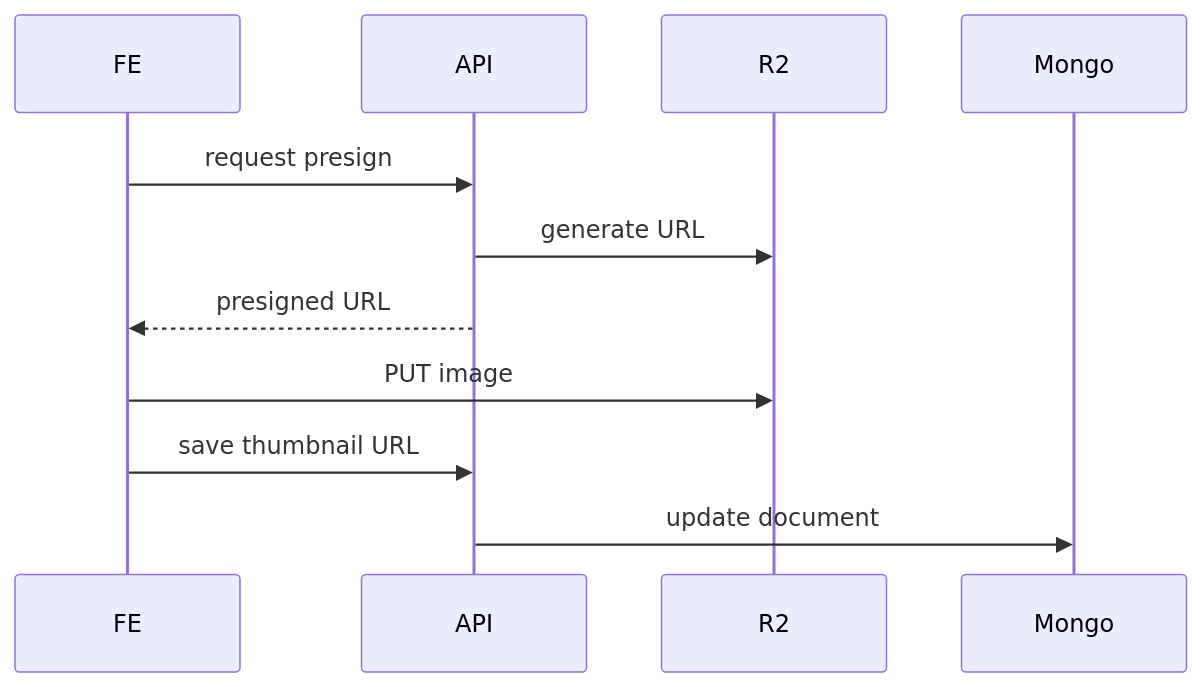
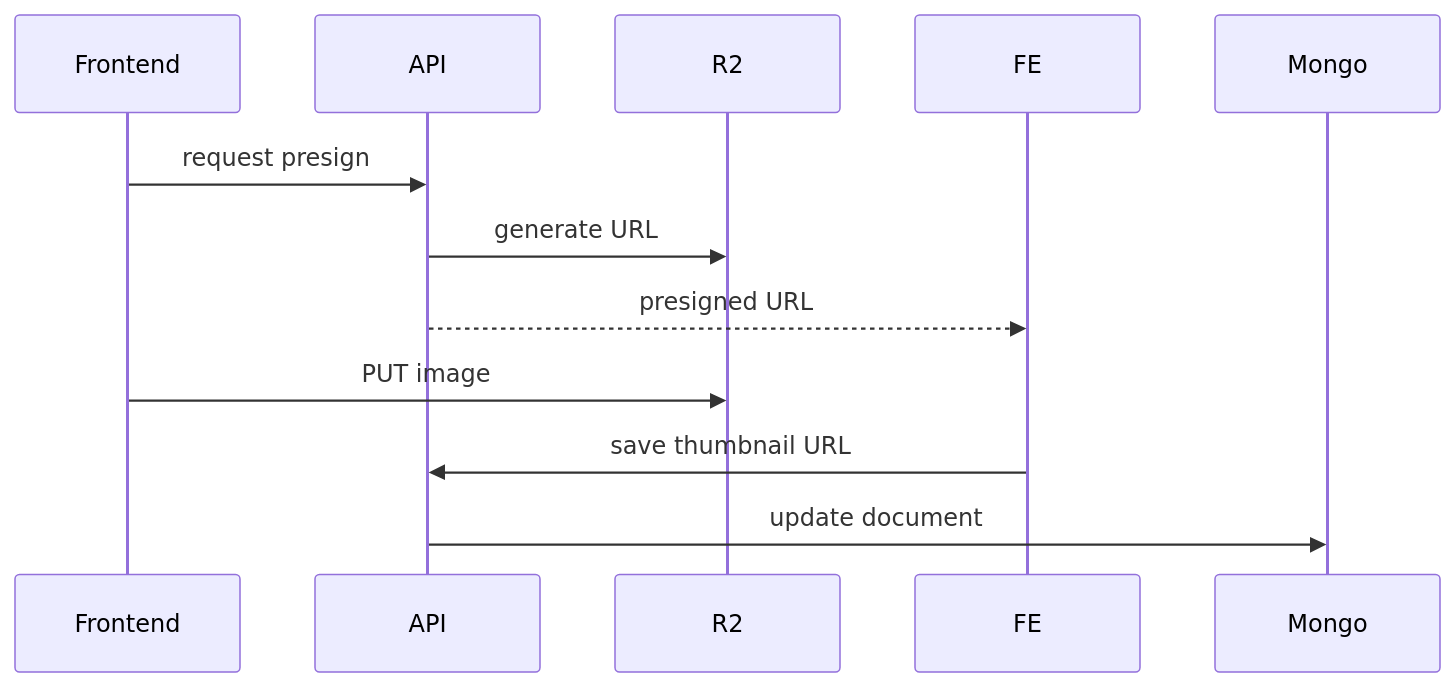
Before and after one commit to l-quincy01/docstack: the fourth of 5 diagrams in README.md, drawn with Mermaid. The commit also changed other lines of this file, not shown here.

````diff
--- a/README.md
+++ b/README.md
@@ -232,10 +244,10 @@
 ```mermaid
 sequenceDiagram
-    FE->>API: request presign
+    Frontend->>API: request presign
     API->>R2: generate URL
     API-->>FE: presigned URL
 
-    FE->>R2: PUT image
+    Frontend->>R2: PUT image
     FE->>API: save thumbnail URL
     API->>Mongo: update document
 ```
````
